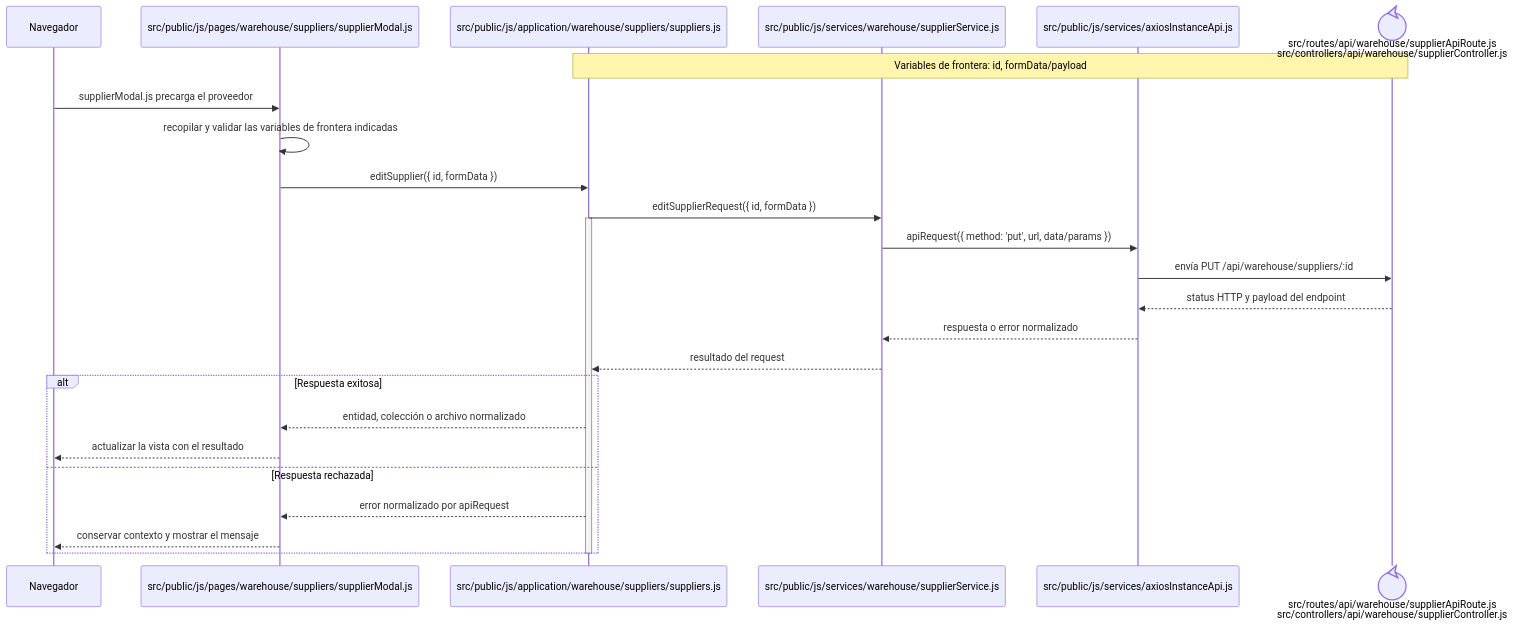
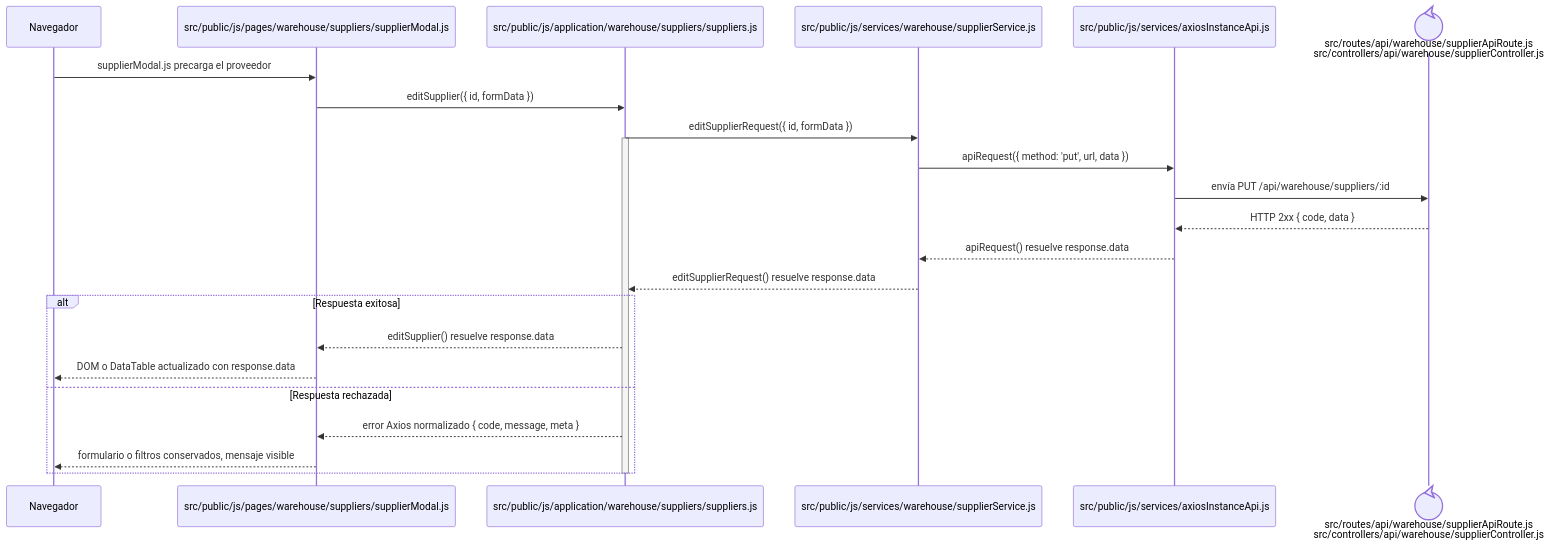
The diagram in docs/architecture/frontend-code-sequences/catalogs/cu-cat-03.md (gpgsistemas01/nexus), drawn with Mermaid before and after one commit. The commit also changed 148 other files, not shown here.

````diff
--- a/docs/architecture/frontend-code-sequences/catalogs/cu-cat-03.md
+++ b/docs/architecture/frontend-code-sequences/catalogs/cu-cat-03.md
@@ -6,29 +6,27 @@
 ```mermaid
 sequenceDiagram
     participant Browser as Navegador
     participant View as src/public/js/pages/warehouse/suppliers/supplierModal.js
     participant Application as src/public/js/application/warehouse/suppliers/suppliers.js
     participant Request as src/public/js/services/warehouse/supplierService.js
     participant HTTP as src/public/js/services/axiosInstanceApi.js
     participant Transport@{ "type": "control" } as src/routes/api/warehouse/supplierApiRoute.js<br/>src/controllers/api/warehouse/supplierController.js
-    Note over Application,Transport: Variables de frontera: id, formData/payload
 
     Browser->>View: supplierModal.js precarga el proveedor
-    View->>View: recopilar y validar las variables de frontera indicadas
     View->>Application: editSupplier({ id, formData })
     Application->>Request: editSupplierRequest({ id, formData })
     activate Application
-    Request->>HTTP: apiRequest({ method: 'put', url, data/params })
+    Request->>HTTP: apiRequest({ method: 'put', url, data })
     HTTP->>Transport: envía PUT /api/warehouse/suppliers/:id
-    Transport-->>HTTP: status HTTP y payload del endpoint
-    HTTP-->>Request: respuesta o error normalizado
-    Request-->>Application: resultado del request
+    Transport-->>HTTP: HTTP 2xx { code, data }
+    HTTP-->>Request: apiRequest() resuelve response.data
+    Request-->>Application: editSupplierRequest() resuelve response.data
     alt Respuesta exitosa
-        Application-->>View: entidad, colección o archivo normalizado
-        View-->>Browser: actualizar la vista con el resultado
+        Application-->>View: editSupplier() resuelve response.data
+        View-->>Browser: DOM o DataTable actualizado con response.data
     else Respuesta rechazada
-        Application-->>View: error normalizado por apiRequest
-        View-->>Browser: conservar contexto y mostrar el mensaje
+        Application-->>View: error Axios normalizado { code, message, meta }
+        View-->>Browser: formulario o filtros conservados, mensaje visible
     end
     deactivate Application
 ```
````
